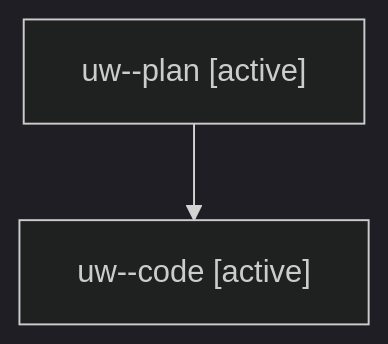
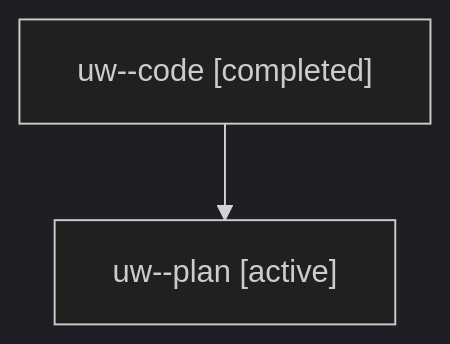
Before and after one commit to bobs-org/bob-cli--agents: the diagram in families/bbugyi200.athena.uw.md, drawn with Mermaid (dark theme). The commit also changed other lines of this file and 66 other files, not shown here.

````diff
--- a/families/bbugyi200.athena.uw.md
+++ b/families/bbugyi200.athena.uw.md
@@ -9,6 +9,6 @@
 ```mermaid
 flowchart TD
-  n0["uw--plan [active]"]
-  n1["uw--code [active]"]
+  n0["uw--code [completed]"]
+  n1["uw--plan [active]"]
   n0 --> n1
 ```
````
